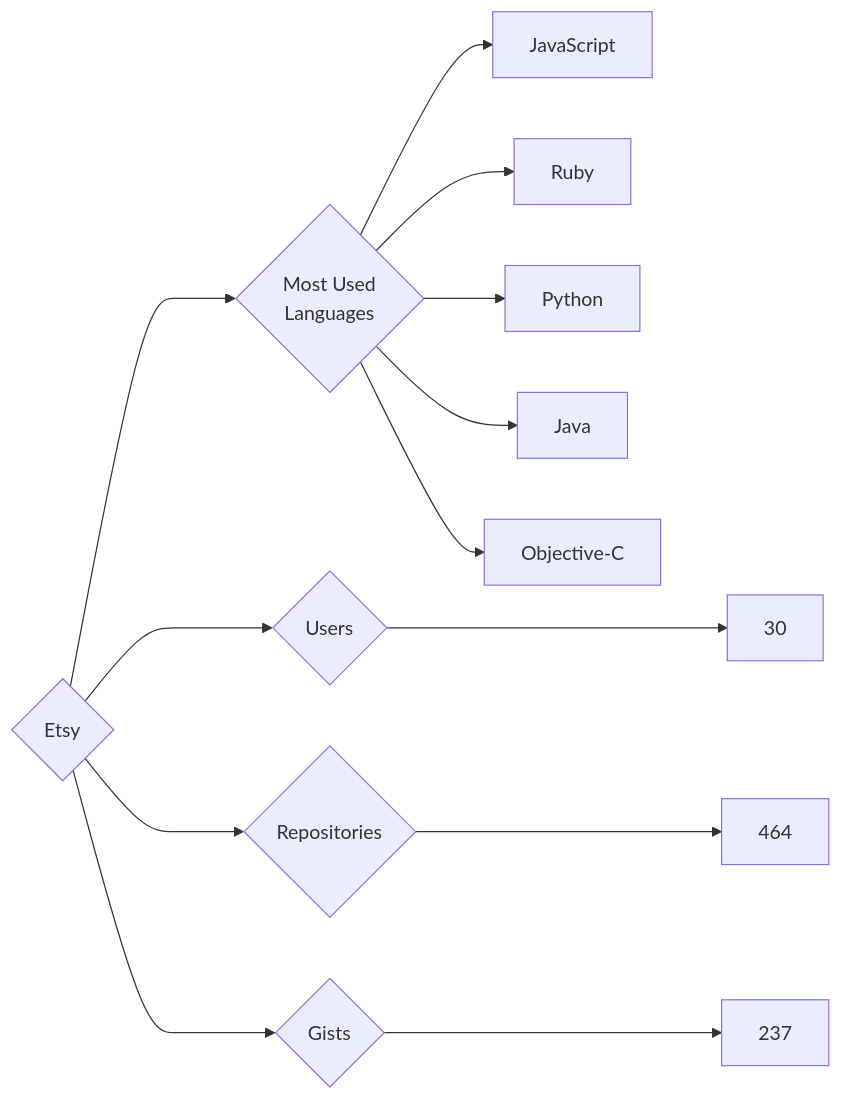
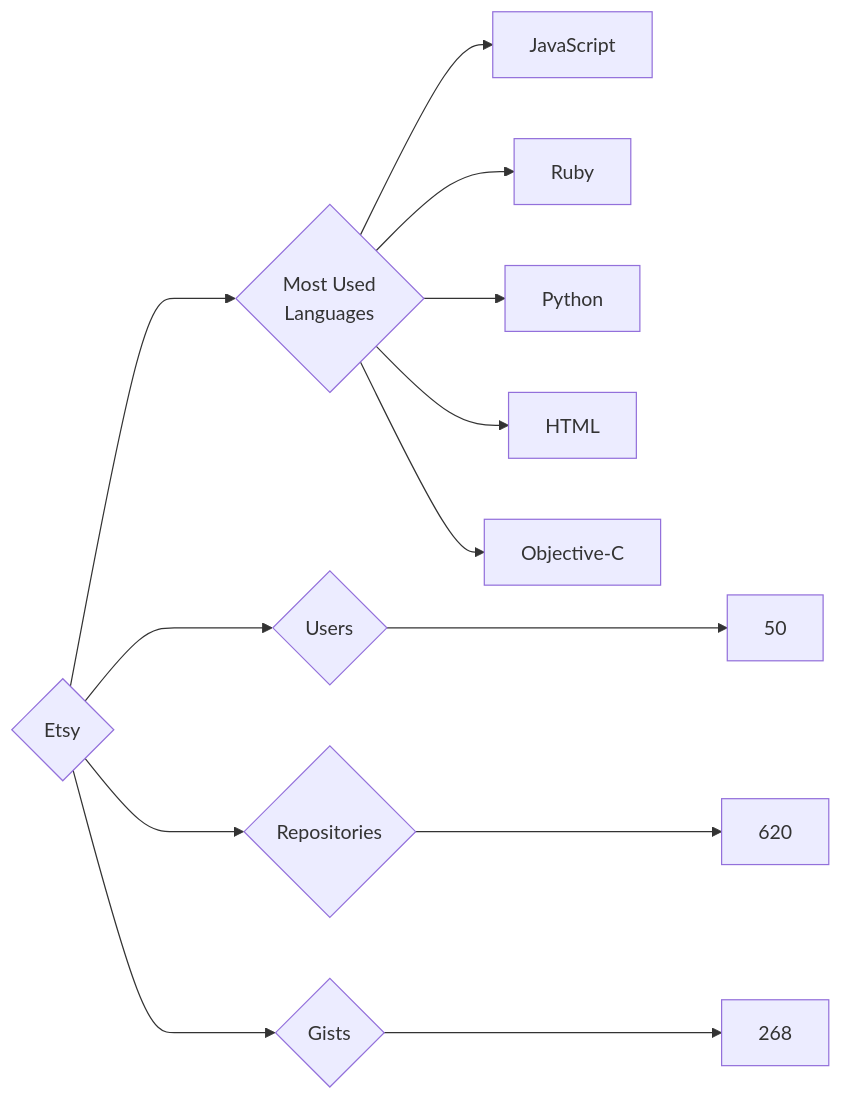
Before and after one commit to trickest/insiders: the diagram in targets/Etsy/README.md, drawn with Mermaid. The commit also changed 681 other files, not shown here.

````diff
--- a/targets/Etsy/README.md
+++ b/targets/Etsy/README.md
@@ -3,13 +3,13 @@
 ```mermaid
 graph LR
 COMPANY_NAME{Etsy}
-COMPANY_NAME ---> U{Users} ---> UN[30]
-COMPANY_NAME ---> R{Repositories} ---> RN[464]
-COMPANY_NAME ---> G{Gists} ---> GN[237]
+COMPANY_NAME ---> U{Users} ---> UN[50]
+COMPANY_NAME ---> R{Repositories} ---> RN[620]
+COMPANY_NAME ---> G{Gists} ---> GN[268]
 COMPANY_NAME ---> ML{Most Used<br>Languages}
 ML --> JavaScript[JavaScript]
 ML --> Ruby[Ruby]
 ML --> Python[Python]
-ML --> Java[Java]
+ML --> HTML[HTML]
 ML --> Objective-C[Objective-C]
 ```
````
